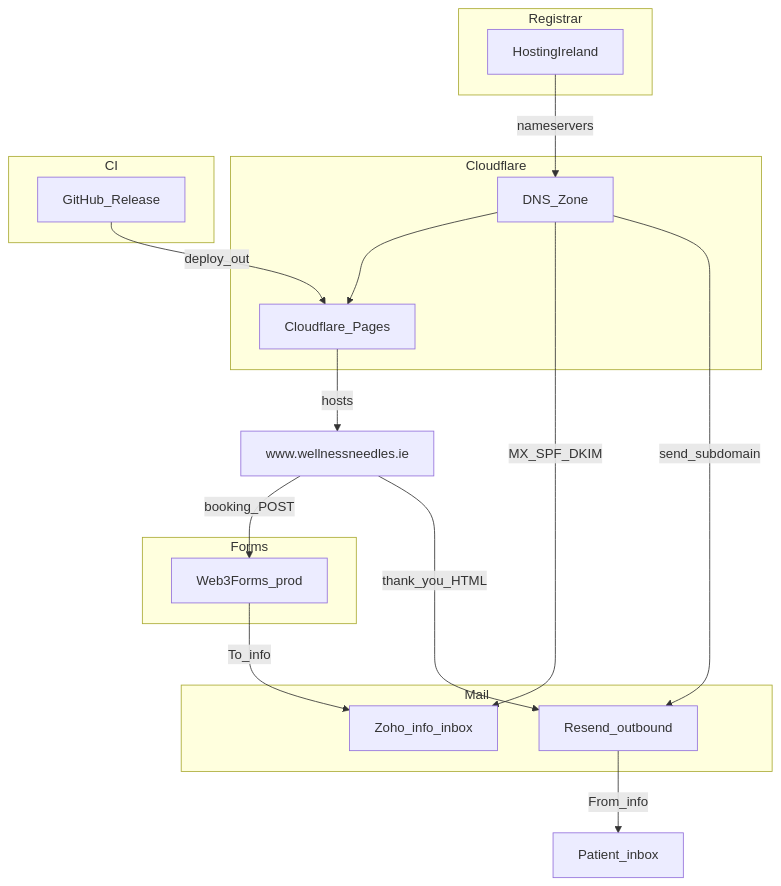
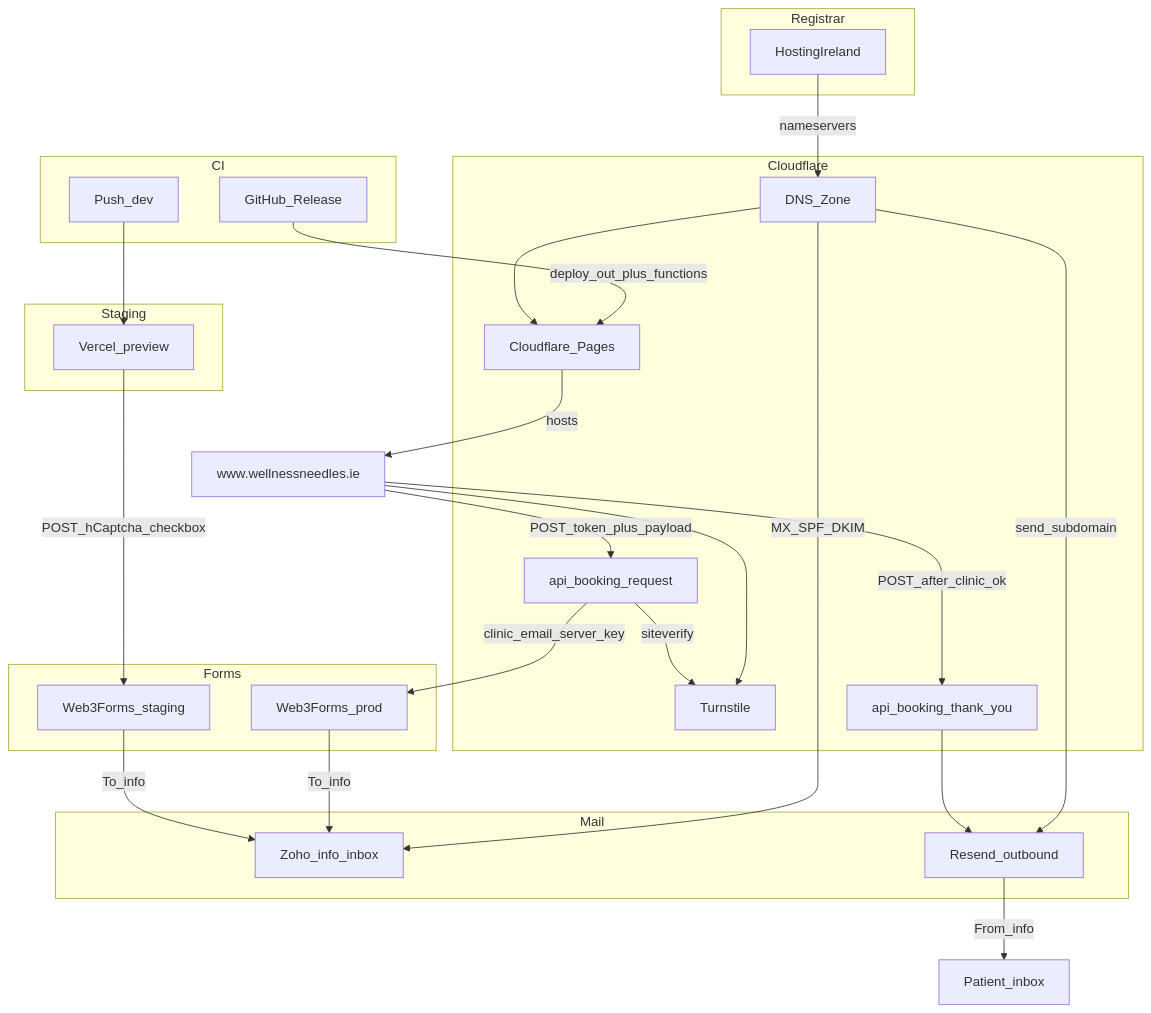
The first of 5 diagrams in docs/GO_LIVE_ARCHITECTURE.md (hbacalso1229/wellness-needles), drawn with Mermaid before and after one commit. The commit also changed other lines of this file and 19 other files, not shown here.

Commit message:
Add Turnstile on production booking and keep hCaptcha on staging.

````diff
--- a/docs/GO_LIVE_ARCHITECTURE.md
+++ b/docs/GO_LIVE_ARCHITECTURE.md
@@ -27,35 +27,51 @@
 ```mermaid
 flowchart TB
   subgraph registrar [Registrar]
     HI[HostingIreland]
   end
 
   subgraph cloudflare [Cloudflare]
     DNS[DNS_Zone]
     Pages[Cloudflare_Pages]
+    TS[Turnstile]
+    FnBook[api_booking_request]
+    FnThanks[api_booking_thank_you]
   end
 
   subgraph mail [Mail]
     Zoho[Zoho_info_inbox]
     Resend[Resend_outbound]
   end
 
   subgraph forms [Forms]
-    W3[Web3Forms_prod]
+    W3prod[Web3Forms_prod]
+    W3stage[Web3Forms_staging]
   end
 
   subgraph ci [CI]
     GH[GitHub_Release]
+    Dev[Push_dev]
+  end
+
+  subgraph stagingHost [Staging]
+    Vercel[Vercel_preview]
   end
 
   HI -->|nameservers| DNS
-  GH -->|deploy_out| Pages
+  GH -->|deploy_out_plus_functions| Pages
   DNS --> Pages
   DNS -->|MX_SPF_DKIM| Zoho
   DNS -->|send_subdomain| Resend
   Pages -->|hosts| Site[www.wellnessneedles.ie]
-  Site -->|booking_POST| W3
-  W3 -->|To_info| Zoho
-  Site -->|thank_you_HTML| Resend
+  Site --> TS
+  Site -->|POST_token_plus_payload| FnBook
+  FnBook -->|siteverify| TS
+  FnBook -->|clinic_email_server_key| W3prod
+  W3prod -->|To_info| Zoho
+  Site -->|POST_after_clinic_ok| FnThanks
+  FnThanks --> Resend
   Resend -->|From_info| Patient[Patient_inbox]
+  Dev --> Vercel
+  Vercel -->|POST_hCaptcha_checkbox| W3stage
+  W3stage -->|To_info| Zoho
 ```
````
